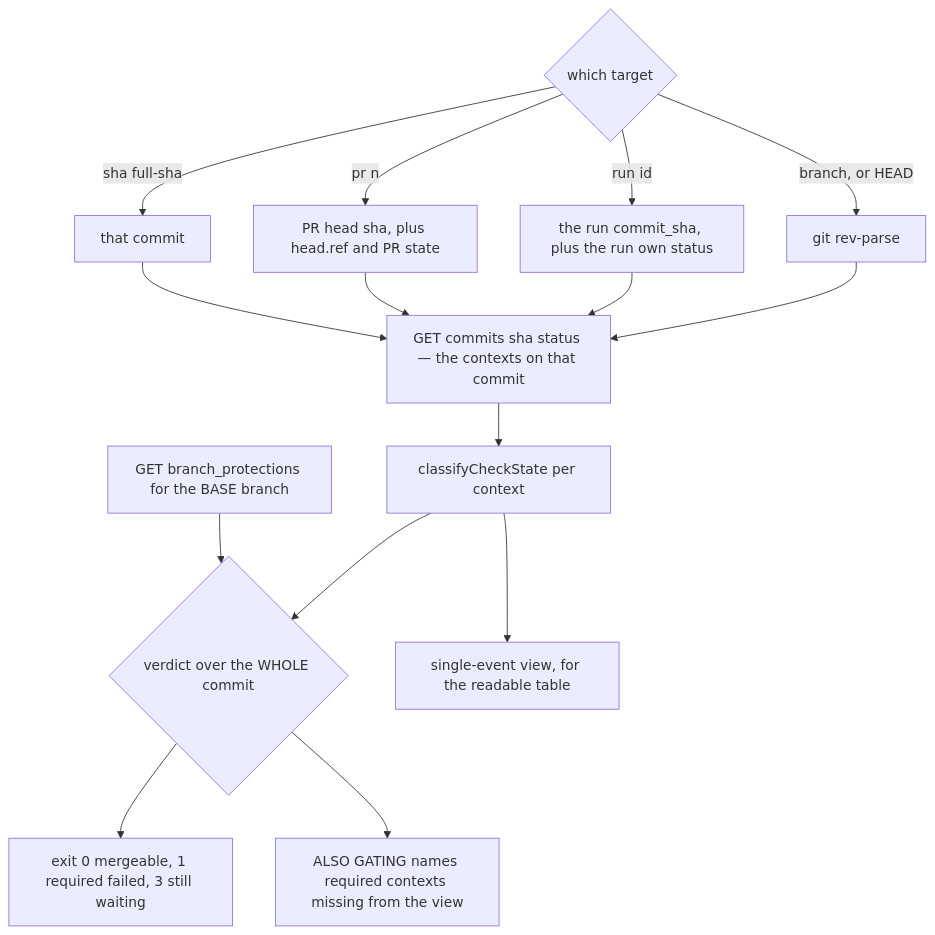
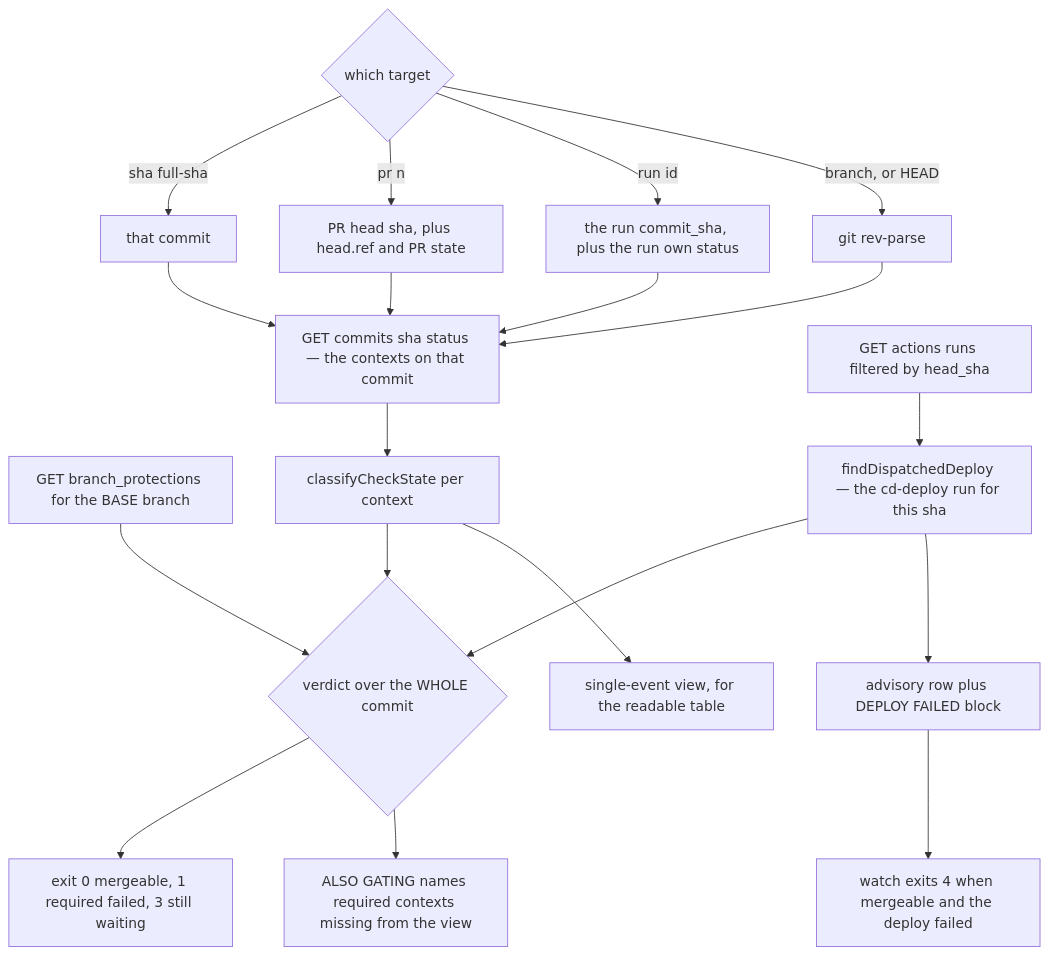
One commit to jumbleknot/MovieCollectionManager changed the first of 2 diagrams in openwiki/runbooks/ci-diagnostics.md. Above: the diagram before and after it, drawn with Mermaid. The commit also changed other lines of this file and 6 other files, not shown here.

````diff
--- a/openwiki/runbooks/ci-diagnostics.md
+++ b/openwiki/runbooks/ci-diagnostics.md
@@ -82,17 +90,21 @@
 ```mermaid
 flowchart TD
   T{"which target"} -->|"sha full-sha"| S["that commit"]
   T -->|"pr n"| P["PR head sha, plus head.ref and PR state"]
   T -->|"run id"| R["the run commit_sha, plus the run own status"]
   T -->|"branch, or HEAD"| L["git rev-parse"]
   S --> ST["GET commits sha status — the contexts on that commit"]
   P --> ST
   R --> ST
   L --> ST
   BP["GET branch_protections for the BASE branch"] --> V
+  RUNS["GET actions runs filtered by head_sha"] --> DD["findDispatchedDeploy — the cd-deploy run for this sha"]
+  DD --> V
   ST --> C["classifyCheckState per context"]
   C --> V{"verdict over the WHOLE commit"}
   C --> VIEW["single-event view, for the readable table"]
   V --> E["exit 0 mergeable, 1 required failed, 3 still waiting"]
   V --> ALSO["ALSO GATING names required contexts missing from the view"]
+  DD --> DEP["advisory row plus DEPLOY FAILED block"]
+  DEP --> W["watch exits 4 when mergeable and the deploy failed"]
 ```
````
